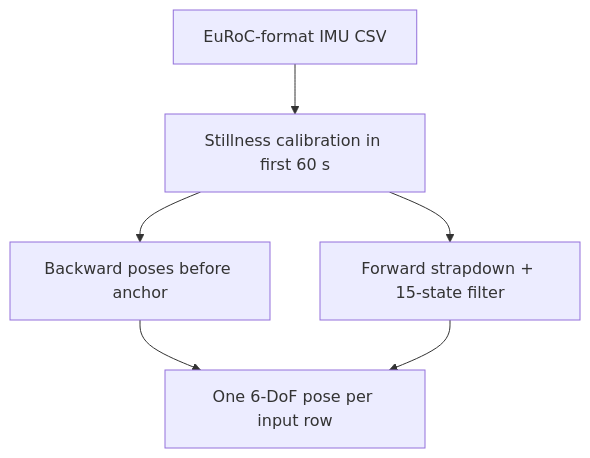
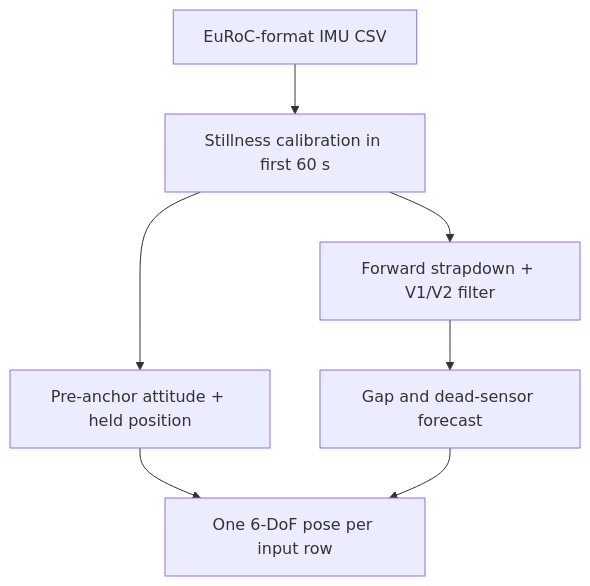
The diagram in README.md (ArnavJain2005/Vortex), drawn with Mermaid before and after one commit. The commit also changed other lines of this file, not shown here.

Commit message:
Refresh README for degradation handling and blind forecast

````diff
--- a/README.md
+++ b/README.md
@@ -34,8 +34,9 @@
 ```mermaid
 flowchart TD
     A["EuRoC-format IMU CSV"] --> B["Stillness calibration in first 60 s"]
-    B --> C["Backward poses before anchor"]
-    B --> D["Forward strapdown + 15-state filter"]
-    C --> E["One 6-DoF pose per input row"]
-    D --> E
+    B --> C["Pre-anchor attitude + held position"]
+    B --> D["Forward strapdown + V1/V2 filter"]
+    D --> E["Gap and dead-sensor forecast"]
+    C --> F["One 6-DoF pose per input row"]
+    E --> F
 ```
````
